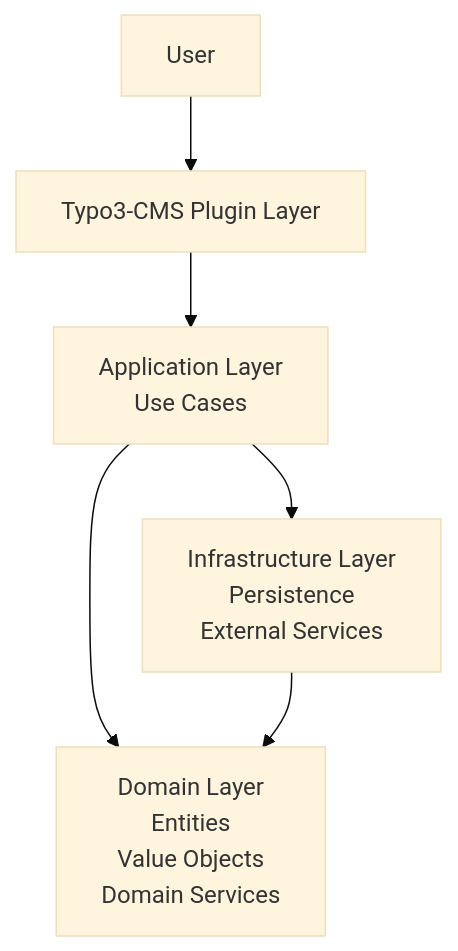
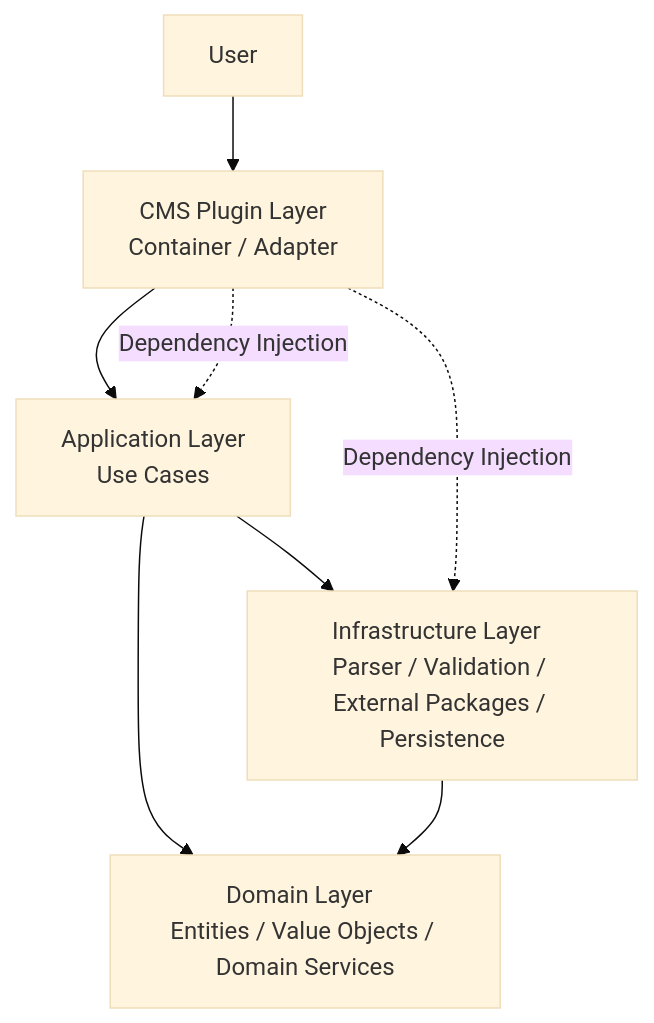
One commit to diyarkhalaf/diyarkhalaf changed the diagram in README.md. Above: the diagram before and after it, drawn with Mermaid (base theme).

Commit message:
Aktualisieren von README.md

````diff
--- a/README.md
+++ b/README.md
@@ -22,25 +22,29 @@
 ```mermaid
 flowchart TD
-
+%% Layers
 User[User]
 
-Plugin[Typo3-CMS Plugin Layer]
+Plugin[CMS Plugin Layer  
+Container / Adapter]
 
 Application[Application Layer  
 Use Cases]
 
 Domain[Domain Layer  
-Entities  
-Value Objects  
-Domain Services]
+Entities / Value Objects / Domain Services]
 
 Infrastructure[Infrastructure Layer  
-Persistence  
-External Services]
+Parser / Validation / External Packages / Persistence]
 
+%% Connections
 User --> Plugin
 Plugin --> Application
+
 Application --> Domain
 Application --> Infrastructure
+
 Infrastructure --> Domain
+
+Plugin -. Dependency Injection .-> Application
+Plugin -. Dependency Injection .-> Infrastructure
 ```
````
